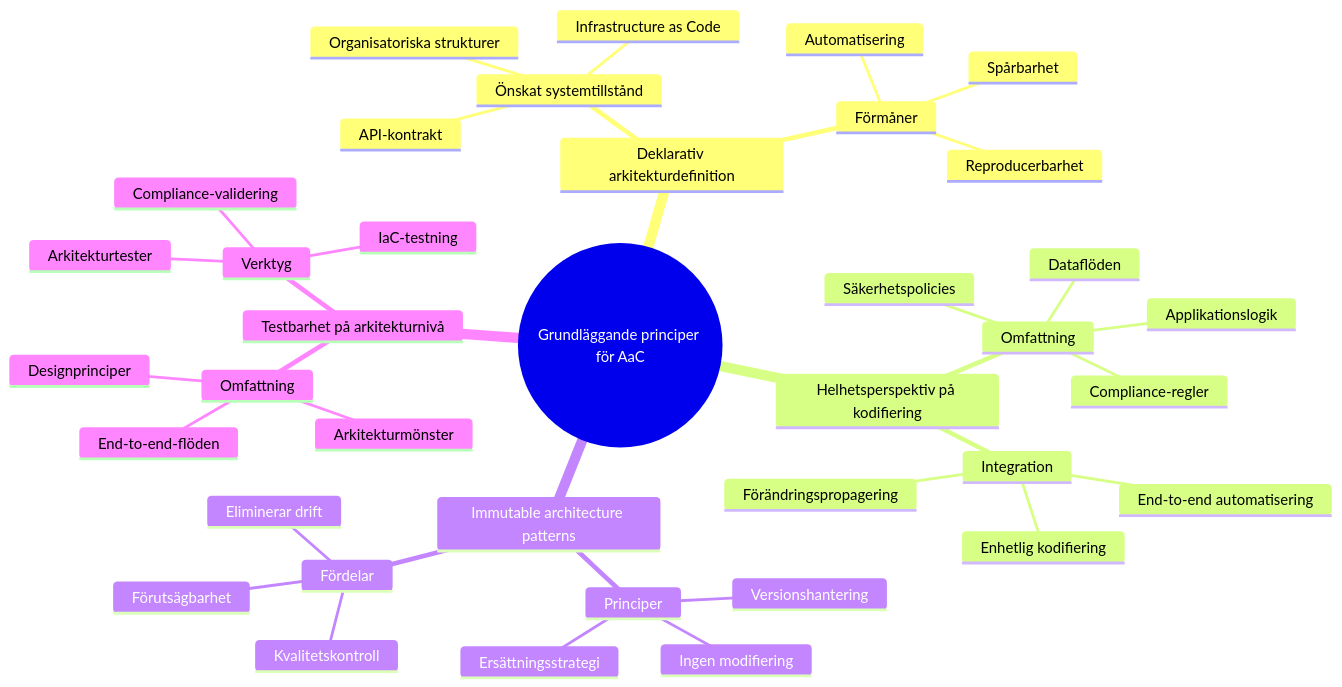
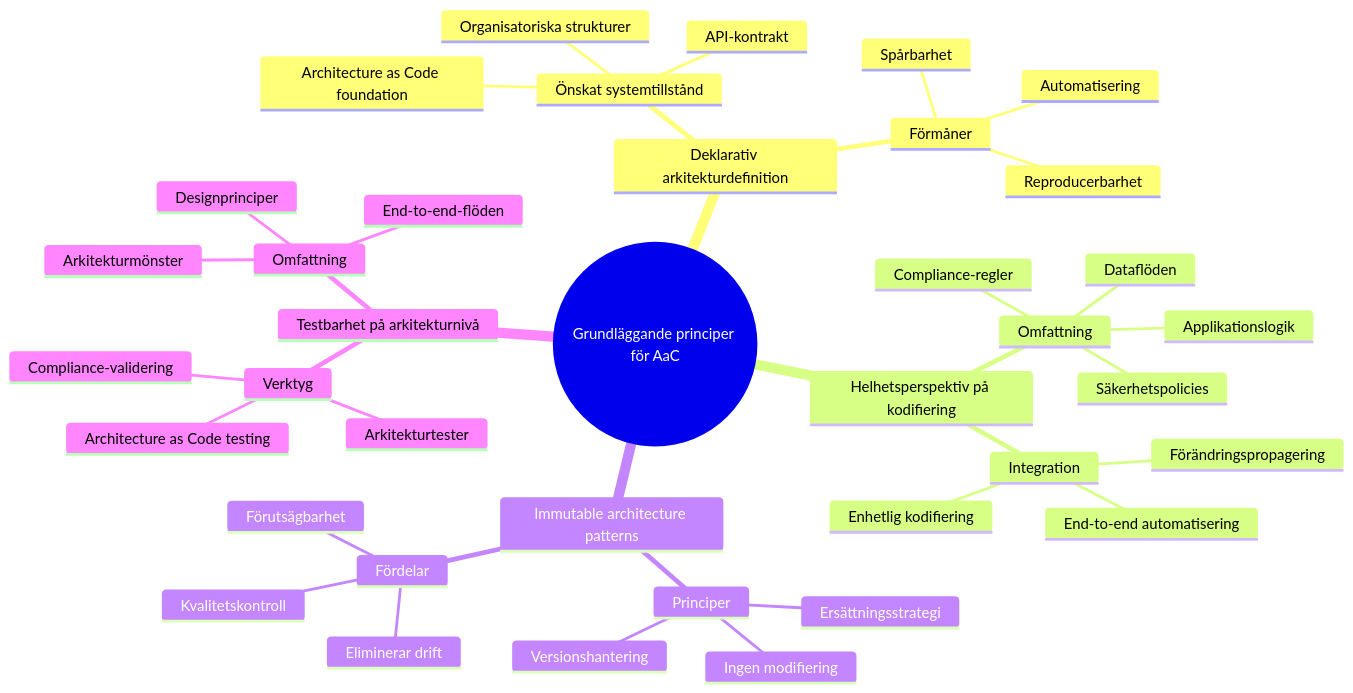
Before and after one commit to Geonitab/architecture_as_code: the diagram in docs/images/mindmap_02_principer.mmd, drawn with Mermaid. The commit also changed 43 other files, not shown here.

```diff
--- a/docs/images/mindmap_02_principer.mmd
+++ b/docs/images/mindmap_02_principer.mmd
@@ -1,39 +1,39 @@
 mindmap
   root((Grundläggande principer för AaC))
     Deklarativ arkitekturdefinition
       Önskat systemtillstånd
-        Infrastructure as Code
+        Architecture as Code foundation
         API-kontrakt
         Organisatoriska strukturer
       Förmåner
         Reproducerbarhet
         Automatisering
         Spårbarhet
     Helhetsperspektiv på kodifiering
       Omfattning
         Applikationslogik
         Dataflöden
         Säkerhetspolicies
         Compliance-regler
       Integration
         End-to-end automatisering
         Förändringspropagering
         Enhetlig kodifiering
     Immutable architecture patterns
       Principer
         Versionshantering
         Ingen modifiering
         Ersättningsstrategi
       Fördelar
         Förutsägbarhet
         Eliminerar drift
         Kvalitetskontroll
     Testbarhet på arkitekturnivå
       Omfattning
         Arkitekturmönster
         Designprinciper
         End-to-end-flöden
       Verktyg
-        IaC-testning
+        Architecture as Code testing
         Arkitekturtester
         Compliance-validering
```
